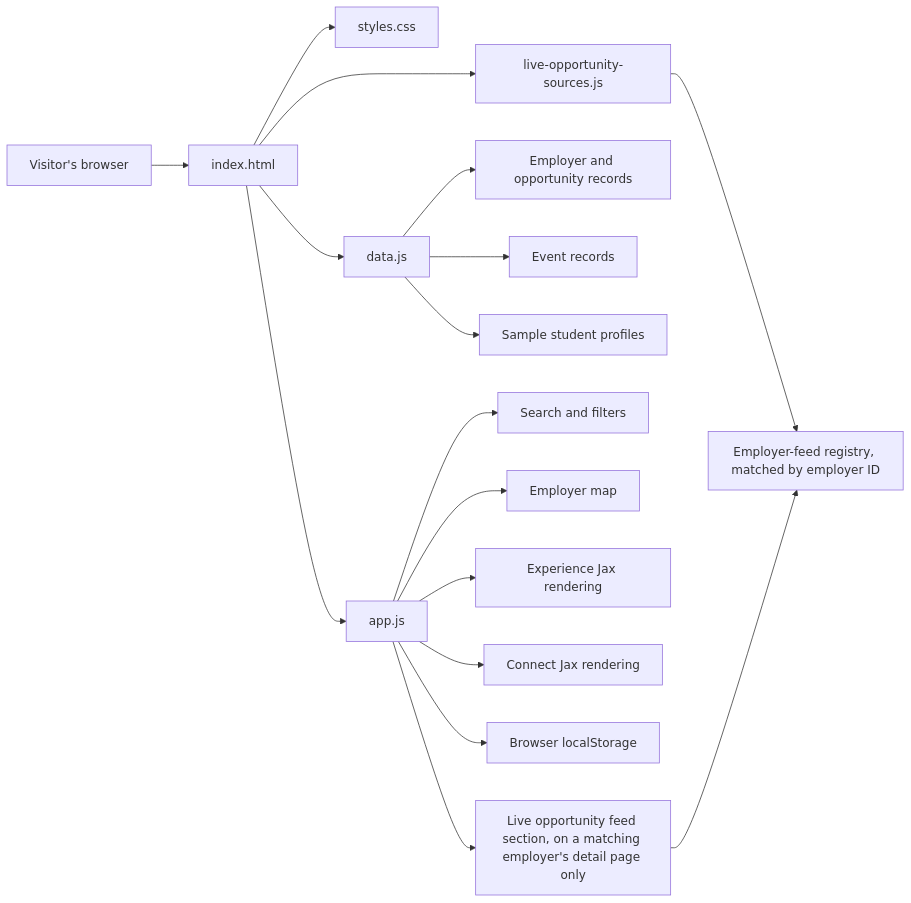
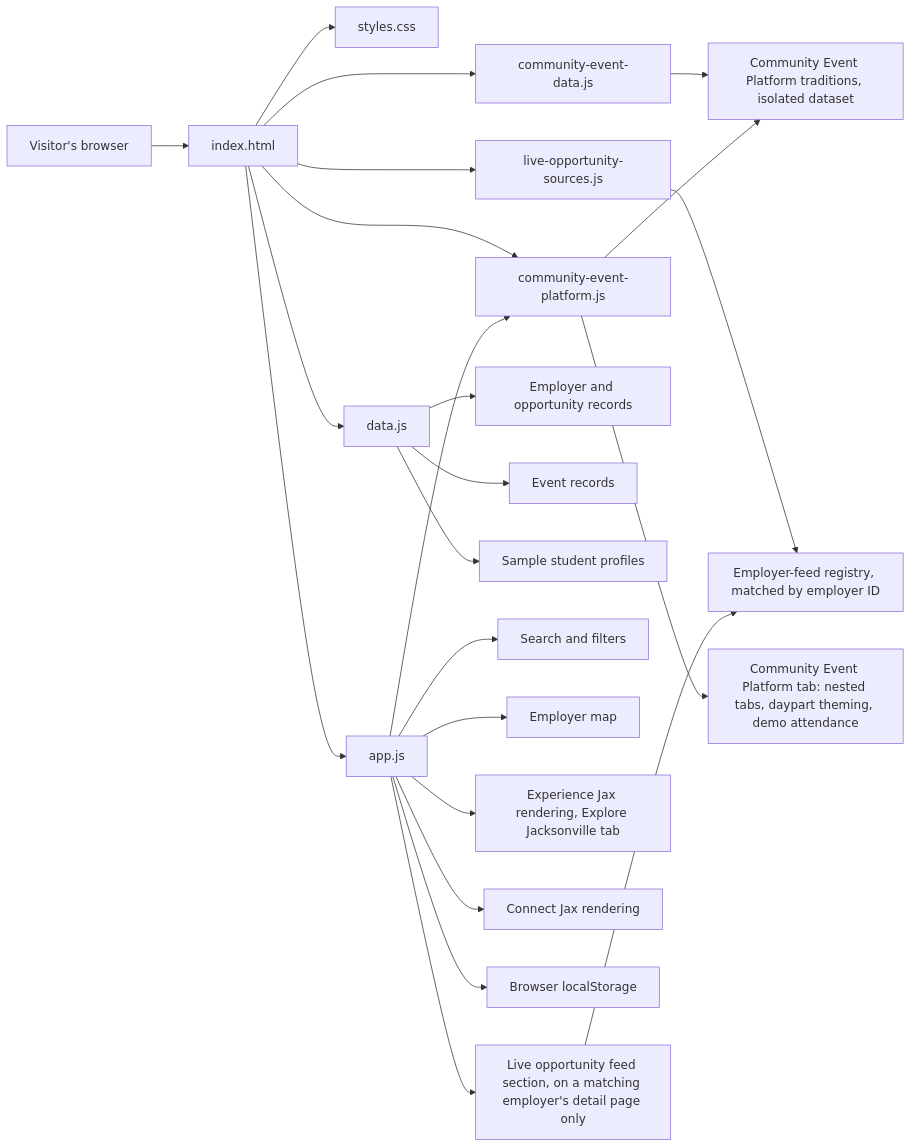
Before and after one commit to sunshinesmr9-ops/jumpstartjax: the first of 2 diagrams in docs/architecture/current-state.md, drawn with Mermaid. The commit also changed other lines of this file and 1 other file, not shown here.

````diff
--- a/docs/architecture/current-state.md
+++ b/docs/architecture/current-state.md
@@ -27,21 +29,27 @@
 ```mermaid
 flowchart LR
     A[Visitor's browser] --> B[index.html]
     B --> C[styles.css]
     B --> D[data.js]
+    B --> CD[community-event-data.js]
     B --> DR[live-opportunity-sources.js]
+    B --> CP[community-event-platform.js]
     B --> E[app.js]
 
     D --> F[Employer and opportunity records]
     D --> G[Event records]
     D --> H[Sample student profiles]
+    CD --> CT[Community Event Platform traditions, isolated dataset]
     DR --> R[Employer-feed registry, matched by employer ID]
 
     E --> I[Search and filters]
     E --> J[Employer map]
-    E --> K[Experience Jax rendering]
+    E --> K[Experience Jax rendering, Explore Jacksonville tab]
     E --> L[Connect Jax rendering]
     E --> M[Browser localStorage]
     E --> N[Live opportunity feed section, on a matching employer's detail page only]
     N --> R
+    E --> CP
+    CP --> CT
+    CP --> O[Community Event Platform tab: nested tabs, daypart theming, demo attendance]
 ```
````
